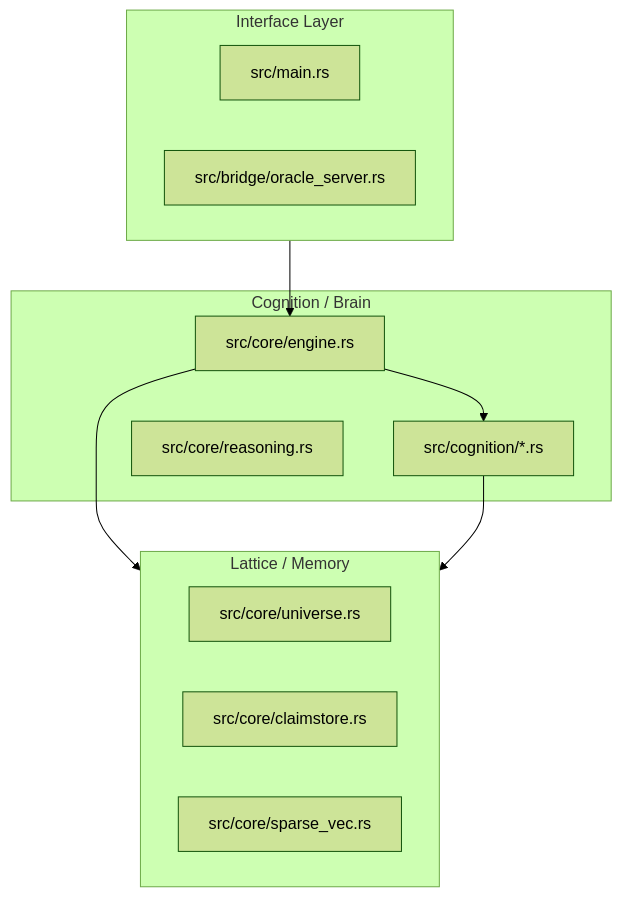
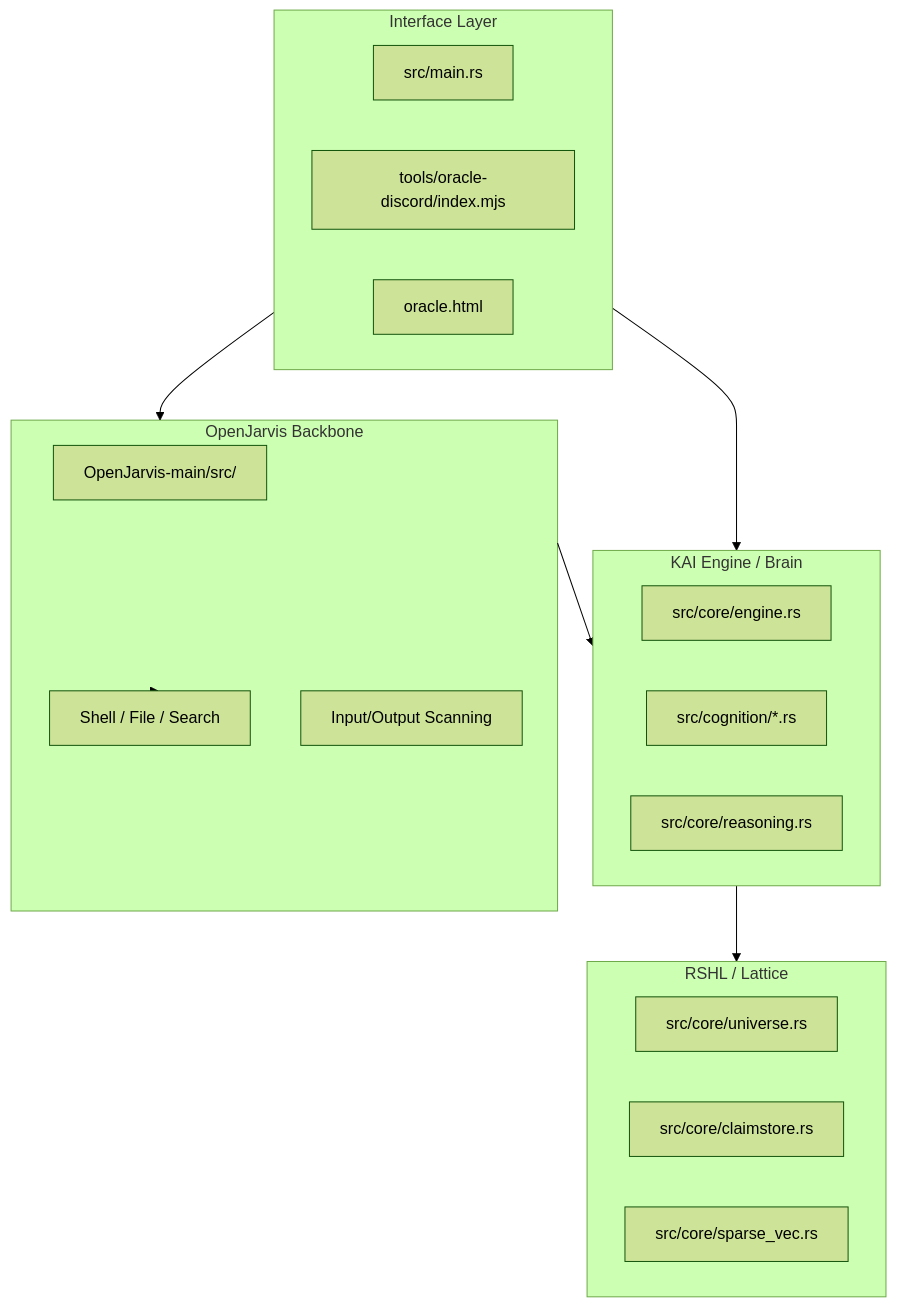
The diagram in ARCHITECTURE.md (revrynpanda-max/rshl), drawn with Mermaid (forest theme) before and after one commit. The commit also changed other lines of this file and 112 other files, not shown here.

Commit message:
chore: version bump to 6.1.1 and architectural doc rewrite

````diff
--- a/ARCHITECTURE.md
+++ b/ARCHITECTURE.md
@@ -7,24 +7,32 @@
 ```mermaid
 graph TD
     subgraph UI_Layer [Interface Layer]
         TUI[src/main.rs]
-        Oracle[src/bridge/oracle_server.rs]
+        Discord[tools/oracle-discord/index.mjs]
+        Web[oracle.html]
     end
 
-    subgraph Cognitive_Layer [Cognition / Brain]
+    subgraph Executive_Layer [OpenJarvis Backbone]
+        JarvisCore[OpenJarvis-main/src/]
+        Tools[Shell / File / Search]
+        Security[Input/Output Scanning]
+    end
+
+    subgraph Cognitive_Layer [KAI Engine / Brain]
         Engine[src/core/engine.rs]
         Modules[src/cognition/*.rs]
         Reasoning[src/core/reasoning.rs]
     end
 
-    subgraph Memory_Layer [Lattice / Memory]
+    subgraph Memory_Layer [RSHL / Lattice]
         Universe[src/core/universe.rs]
         ClaimStore[src/core/claimstore.rs]
         SparseVec[src/core/sparse_vec.rs]
     end
 
-    UI_Layer --> Engine
-    Engine --> Modules
-    Engine --> Memory_Layer
-    Modules --> Memory_Layer
+    UI_Layer --> Executive_Layer
+    UI_Layer --> Cognitive_Layer
+    Executive_Layer --> Cognitive_Layer
+    Cognitive_Layer --> Memory_Layer
+    Executive_Layer --> Tools
 ```
````
